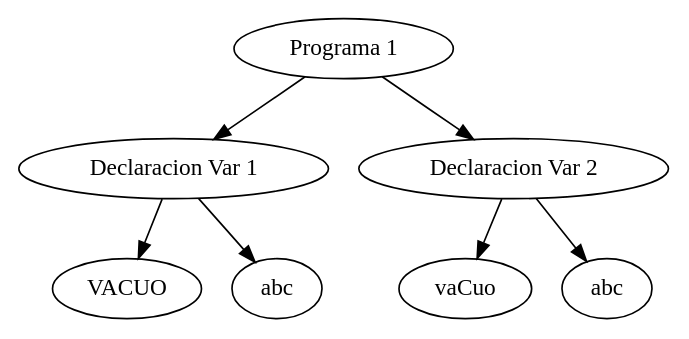
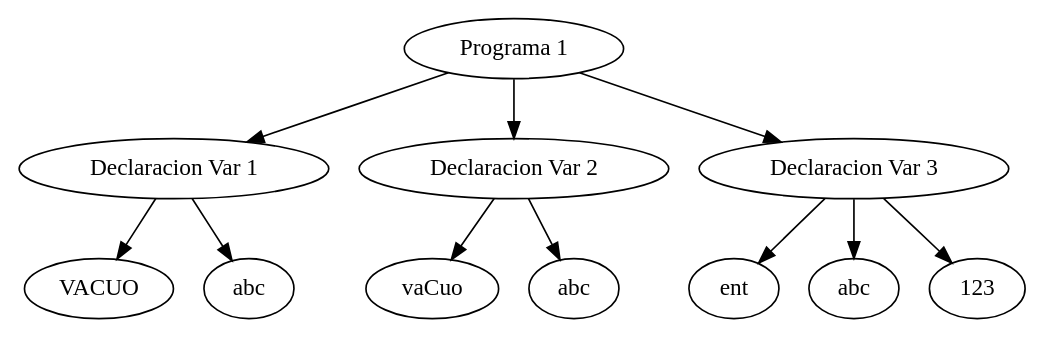
One commit to lancal/TallerCompiladores2018 changed the diagram in tree.dot. Above: the diagram before and after it, drawn with Graphviz. The commit also changed 8 other files, not shown here.

```diff
--- a/tree.dot
+++ b/tree.dot
@@ -1,12 +1,19 @@
 digraph G {
 	"Programa 1" -> "Declaracion Var 1"
 	1 [label="VACUO"]
 	"Declaracion Var 1" -> 1
 	2 [label="abc"]
 	"Declaracion Var 1" -> 2
 	"Programa 1" -> "Declaracion Var 2"
 	3 [label="vaCuo"]
 	"Declaracion Var 2" -> 3
 	4 [label="abc"]
 	"Declaracion Var 2" -> 4
+	"Programa 1" -> "Declaracion Var 3"
+	5 [label="ent"]
+	"Declaracion Var 3" -> 5
+	6 [label="abc"]
+	"Declaracion Var 3" -> 6
+	7 [label="123"]
+	"Declaracion Var 3" -> 7
 }
```
